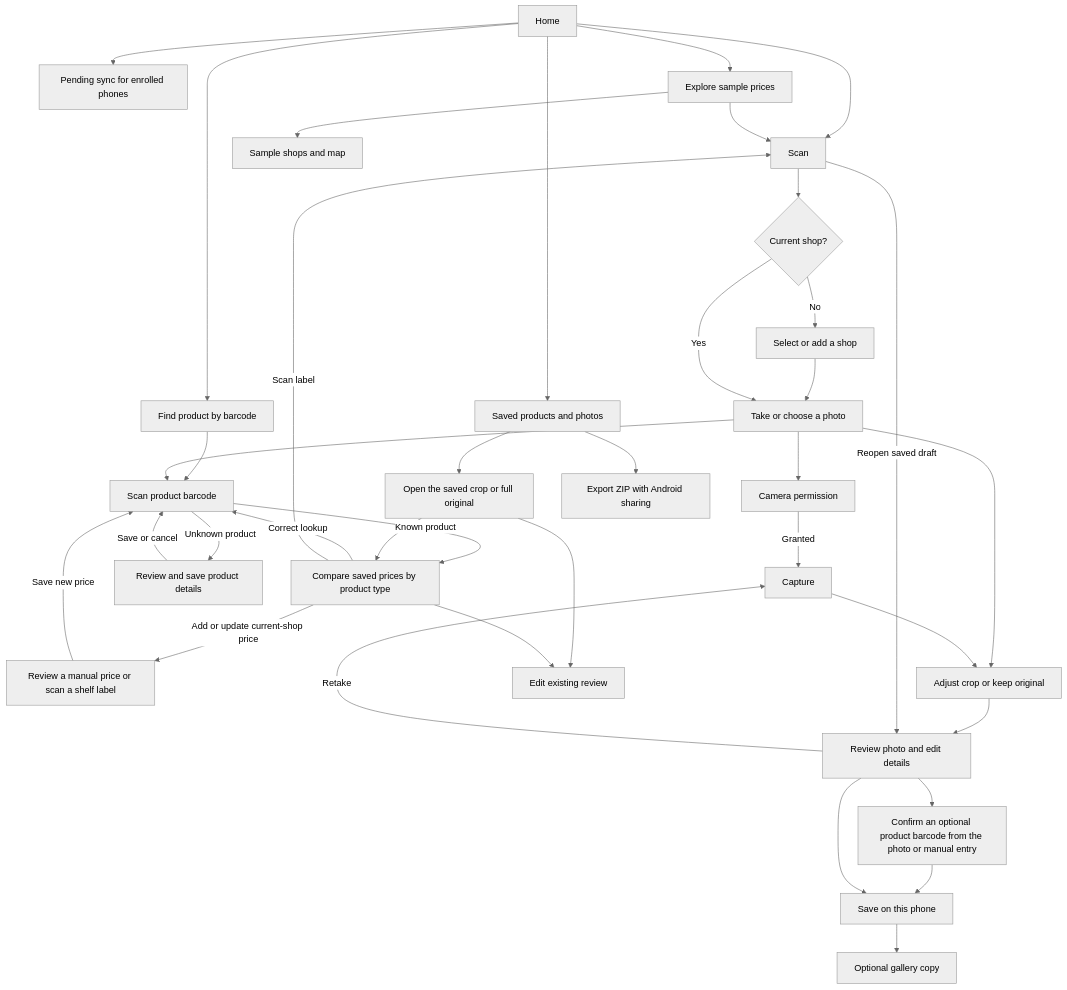
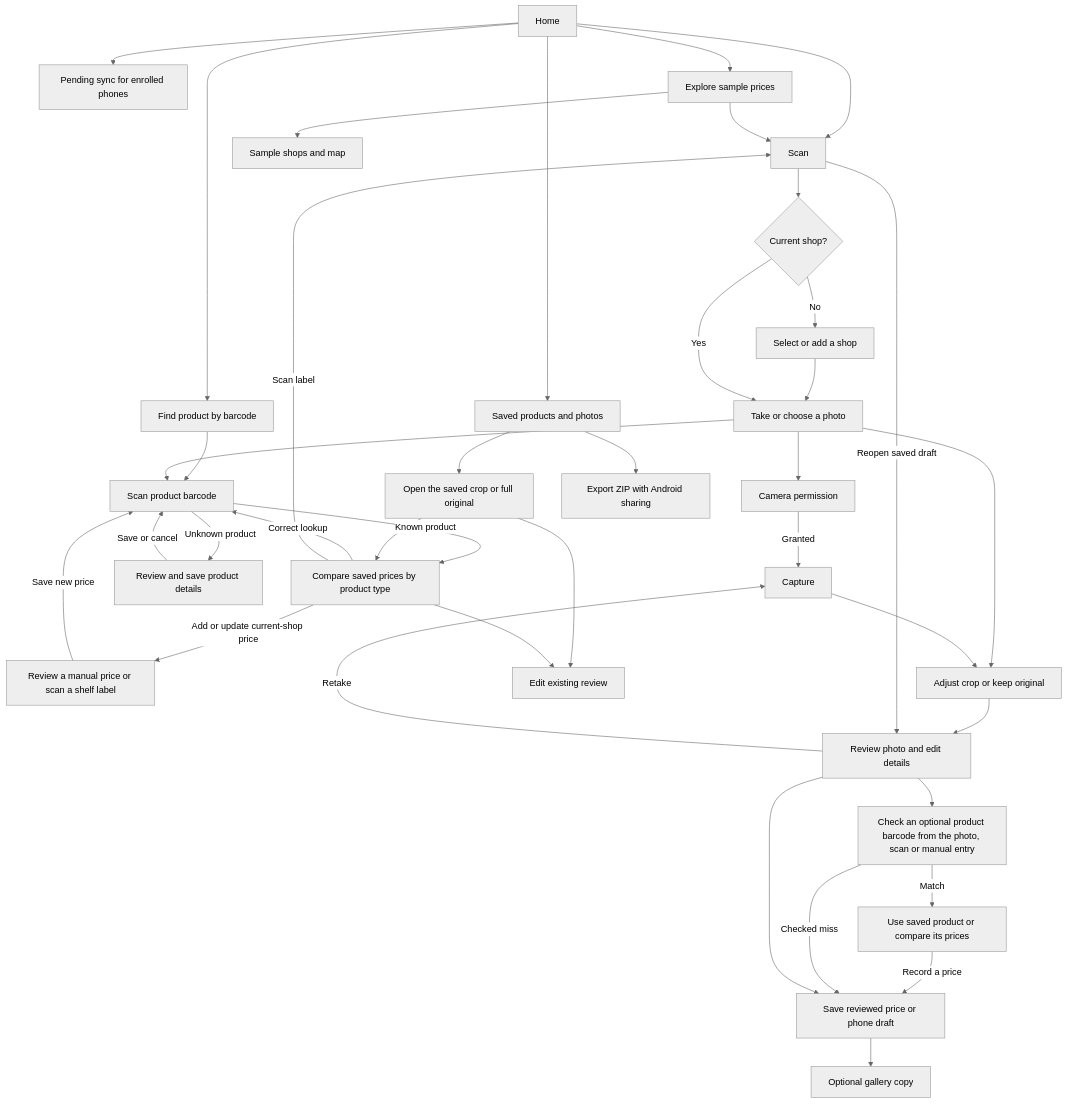
One commit to Maratatasan/cheapo-app changed the diagram in docs/app-map.md. Above: the diagram before and after it, drawn with Mermaid (neutral theme). The commit also changed other lines of this file and 10 other files, not shown here.

Commit message:
Check exact barcodes before saving reviewed photos

````diff
--- a/docs/app-map.md
+++ b/docs/app-map.md
@@ -14,39 +14,41 @@
 ```mermaid
 flowchart TD
     Home --> Scan
     Home --> Lookup["Find product by barcode"]
     Lookup --> Barcode
     Scan --> CurrentShop{"Current shop?"}
     CurrentShop -->|No| ChooseShop["Select or add a shop"]
     ChooseShop --> Source["Take or choose a photo"]
     CurrentShop -->|Yes| Source
     Source --> Barcode["Scan product barcode"]
     Barcode -->|Known product| Compare
     Compare -->|Correct lookup| Barcode
     Compare -->|Add or update current-shop price| PriceReview["Review a manual price or scan a shelf label"]
     PriceReview -->|Save new price| Barcode
     Barcode -->|Unknown product| AddProduct["Review and save product details"]
     AddProduct -->|Save or cancel| Barcode
     Source --> Permission["Camera permission"]
     Source --> Crop
     Permission -->|Granted| Capture
     Capture --> Crop["Adjust crop or keep original"]
     Crop --> Review["Review photo and edit details"]
     Review -->|Retake| Capture
-    Review --> BarcodeReview["Confirm an optional product barcode from the photo or manual entry"]
-    BarcodeReview --> Save["Save on this phone"]
+    Review --> BarcodeReview["Check an optional product barcode from the photo, scan or manual entry"]
+    BarcodeReview -->|Match| Reuse["Use saved product or compare its prices"]
+    Reuse -->|Record a price| Save["Save reviewed price or phone draft"]
+    BarcodeReview -->|Checked miss| Save
     Review --> Save
     Save --> Gallery["Optional gallery copy"]
     Home --> Saved["Saved products and photos"]
     Home --> Pending["Pending sync for enrolled phones"]
     Saved --> SavedPhoto["Open the saved crop or full original"]
     SavedPhoto --> Compare["Compare saved prices by product type"]
     SavedPhoto --> Edit["Edit existing review"]
     Compare --> Edit
     Compare -->|Scan label| Scan
     Saved --> Export["Export ZIP with Android sharing"]
     Scan -->|Reopen saved draft| Review
     Home --> Results["Explore sample prices"]
     Results --> Shops["Sample shops and map"]
     Results --> Scan
 ```
````
